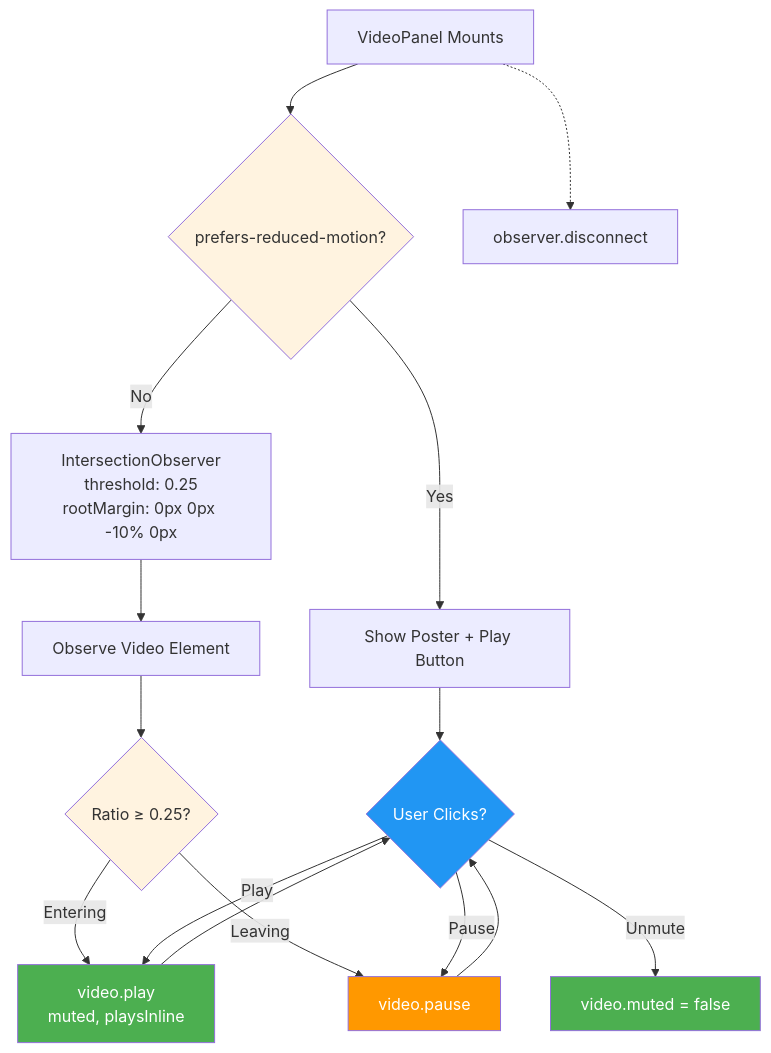
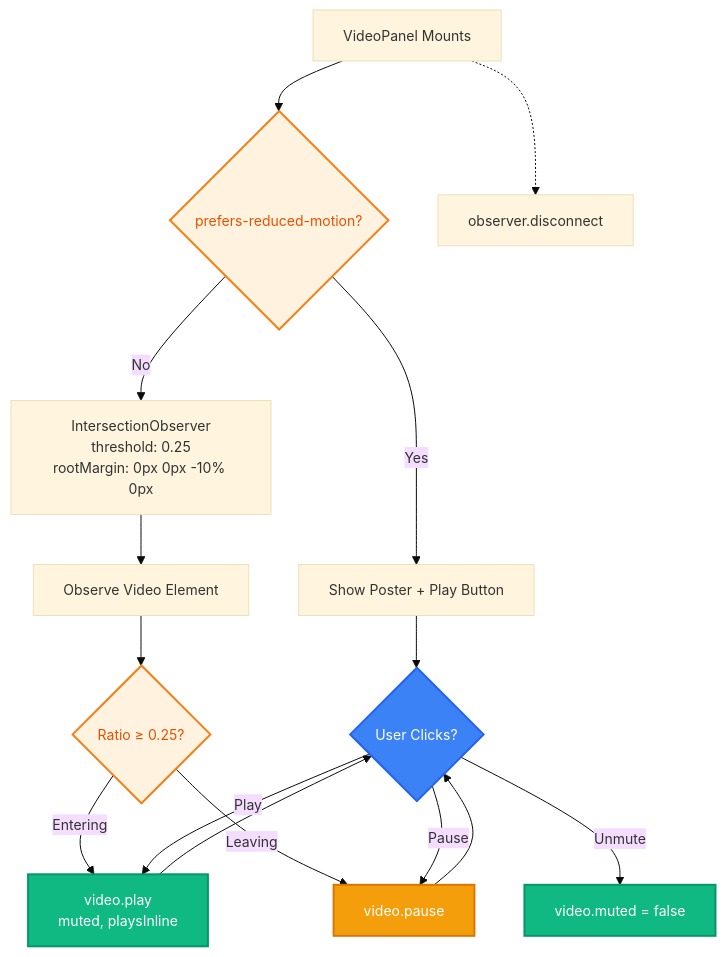
Before and after one commit to shadrackb1/unihub-landing-experience: the fifth of 7 diagrams in README.md, drawn with Mermaid. The commit also changed other lines of this file, not shown here.

````diff
--- a/README.md
+++ b/README.md
@@ -300,32 +278,33 @@
 ```mermaid
+%%{init: {'theme': 'base', 'themeVariables': {'fontSize': '14px'}}}%%
 flowchart TD
     Mount[VideoPanel Mounts] --> ReducedMotion{prefers-reduced-motion?}
     
     ReducedMotion -->|Yes| PosterOnly[Show Poster + Play Button]
-    ReducedMotion -->|No| CreateObserver[IntersectionObserver\nthreshold: 0.25\nrootMargin: 0px 0px -10% 0px]
+    ReducedMotion -->|No| CreateObserver[IntersectionObserver<br/>threshold: 0.25<br/>rootMargin: 0px 0px -10% 0px]
     
     CreateObserver --> Observe[Observe Video Element]
     Observe --> Intersection{Ratio ≥ 0.25?}
     
-    Intersection -->|Entering| Autoplay[video.play\nmuted, playsInline]
+    Intersection -->|Entering| Autoplay[video.play<br/>muted, playsInline]
     Intersection -->|Leaving| Pause[video.pause]
     
     Autoplay --> UserClick{User Clicks?}
     Pause --> UserClick
     PosterOnly --> UserClick
     
     UserClick -->|Play| Autoplay
     UserClick -->|Pause| Pause
     UserClick -->|Unmute| Unmute[video.muted = false]
     
     Mount -.-> Cleanup[observer.disconnect]
     
-    classDef autoplay fill:#4CAF50,color:#fff;
-    classDef pause fill:#FF9800,color:#fff;
-    classDef user fill:#2196F3,color:#fff;
-    classDef check fill:#FFF3E0;
-    class Autoplay,Unmute autoplay;
-    class Pause pause;
-    class UserClick user;
-    class ReducedMotion,Intersection check;
+    classDef autoplay fill:#10B981,stroke:#059669,color:#fff,stroke-width:2px
+    classDef pause fill:#F59E0B,stroke:#D97706,color:#fff,stroke-width:2px
+    classDef user fill:#3B82F6,stroke:#2563EB,color:#fff,stroke-width:2px
+    classDef check fill:#FFF3E0,stroke:#F57F17,color:#E65100,stroke-width:2px
+    class Autoplay,Unmute autoplay
+    class Pause pause
+    class UserClick user
+    class ReducedMotion,Intersection check
 ```
````
